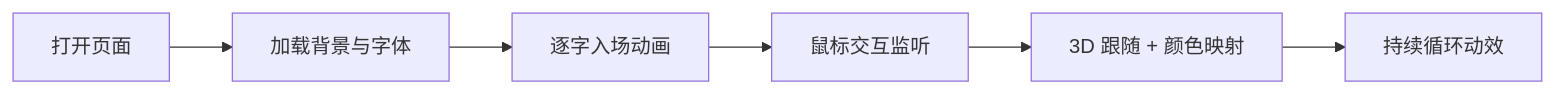
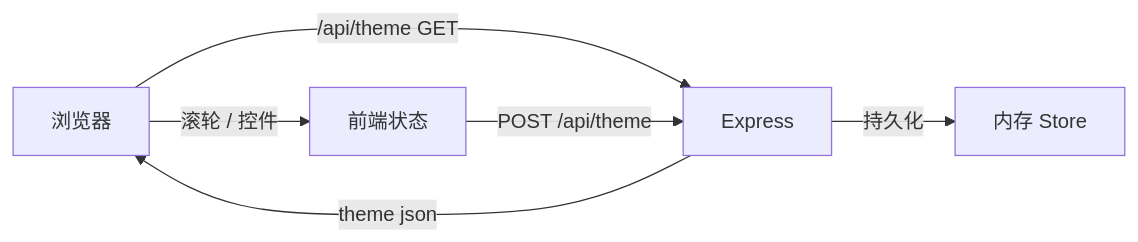
The diagram in .trae/documents/PRD.md (woshiabc55/AE), drawn with Mermaid before and after one commit. The commit also changed other lines of this file and 18 other files, not shown here.

````diff
--- a/.trae/documents/PRD.md
+++ b/.trae/documents/PRD.md
@@ -33,8 +42,8 @@
 ```mermaid
 flowchart LR
-  A[打开页面] --> B[加载背景与字体]
-  B --> C[逐字入场动画]
-  C --> D[鼠标交互监听]
-  D --> E[3D 跟随 + 颜色映射]
-  E --> F[持续循环动效]
+  A[浏览器] -->|/api/theme GET| B[Express]
+  B -->|theme json| A
+  A -->|滚轮 / 控件| C[前端状态]
+  C -->|POST /api/theme| B
+  B -->|持久化| D[内存 Store]
 ```
````
